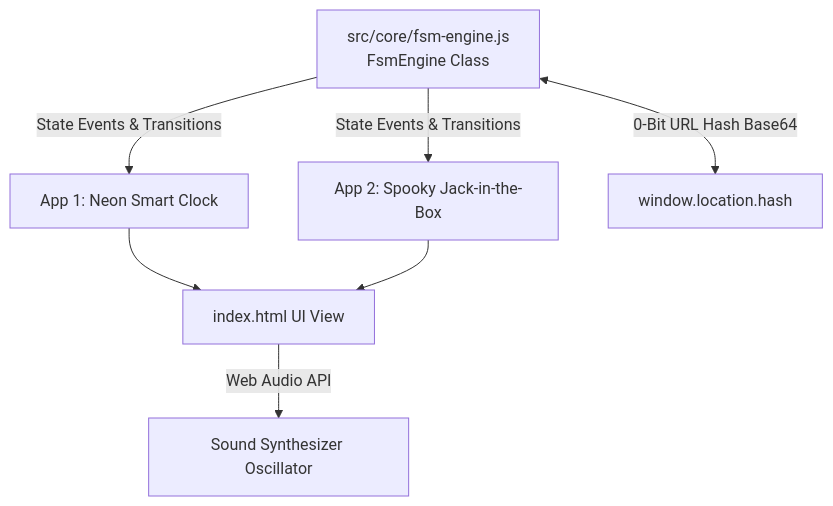
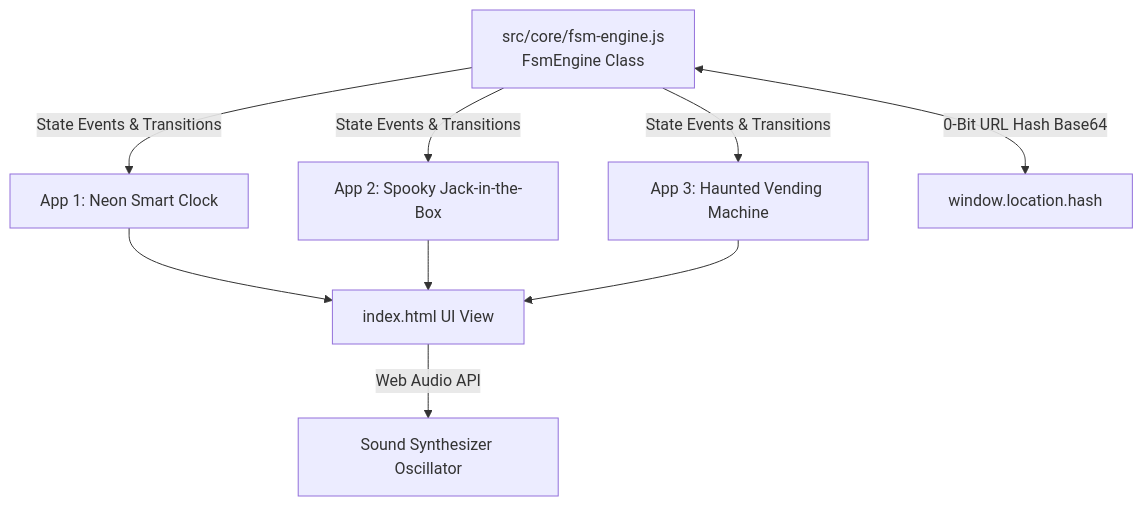
The diagram in .kiro/specs/chrono-fsm/design.md (Lainholic/kiroween-chrono-fsm), drawn with Mermaid before and after one commit. The commit also changed other lines of this file and 2 other files, not shown here.

Commit message:
spec: add App 3 Haunted Vending Machine requirements, schema design and tasks

````diff
--- a/.kiro/specs/chrono-fsm/design.md
+++ b/.kiro/specs/chrono-fsm/design.md
@@ -5,11 +5,13 @@
 ```mermaid
 graph TD
     Engine[src/core/fsm-engine.js<br/>FsmEngine Class] -->|State Events & Transitions| ClockApp[App 1: Neon Smart Clock]
     Engine -->|State Events & Transitions| BoxApp[App 2: Spooky Jack-in-the-Box]
+    Engine -->|State Events & Transitions| VendApp[App 3: Haunted Vending Machine]
     
     ClockApp --> UI[index.html UI View]
     BoxApp --> UI
+    VendApp --> UI
     
     Engine <-->|0-Bit URL Hash Base64| HashRouter[window.location.hash]
     UI -->|Web Audio API| Synth[Sound Synthesizer Oscillator]
 ```
````
